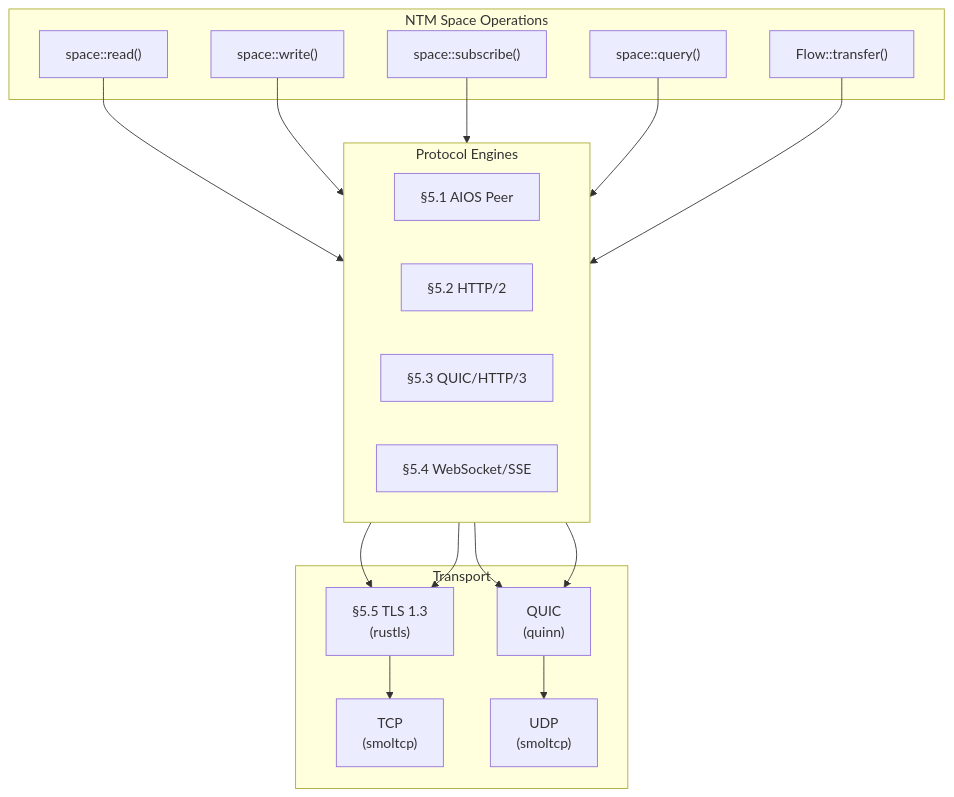
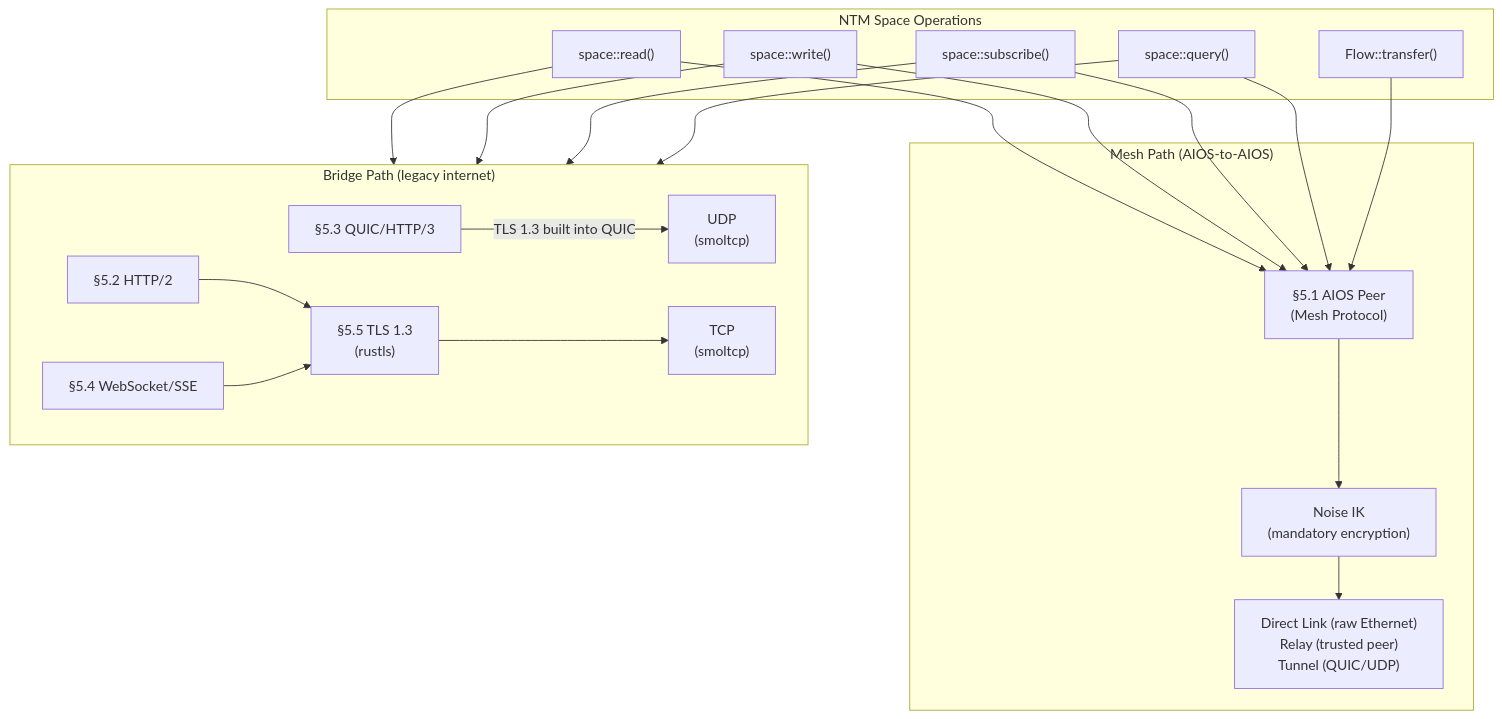
One commit to juslee/aios changed the first of 2 diagrams in docs/platform/networking/protocols.md. Above: the diagram before and after it, drawn with Mermaid. The commit also changed other lines of this file and 74 other files, not shown here.

````diff
--- a/docs/platform/networking/protocols.md
+++ b/docs/platform/networking/protocols.md
@@ -12,39 +12,45 @@
 ```mermaid
 flowchart TD
     subgraph NTM["NTM Space Operations"]
         Read["space::read()"]
         Write["space::write()"]
         Sub["space::subscribe()"]
         Query["space::query()"]
         Transfer["Flow::transfer()"]
     end
 
-    subgraph Engines["Protocol Engines"]
+    subgraph MeshPath["Mesh Path (AIOS-to-AIOS)"]
+        MP["§5.1 AIOS Peer\n(Mesh Protocol)"]
+        Noise["Noise IK\n(mandatory encryption)"]
+        MeshTransport["Direct Link (raw Ethernet)\nRelay (trusted peer)\nTunnel (QUIC/UDP)"]
+    end
+
+    subgraph BridgePath["Bridge Path (legacy internet)"]
         direction LR
-        PE["§5.1 AIOS Peer"]
         H2["§5.2 HTTP/2"]
         Q["§5.3 QUIC/HTTP/3"]
         WS["§5.4 WebSocket/SSE"]
-    end
-
-    subgraph Transport["Transport"]
-        TLS["§5.5 TLS 1.3\n(rustls)"]
-        QUIC["QUIC\n(quinn)"]
+        TLSLayer["§5.5 TLS 1.3\n(rustls)"]
         TCP["TCP\n(smoltcp)"]
         UDP["UDP\n(smoltcp)"]
     end
 
-    Read --> Engines
-    Write --> Engines
-    Sub --> Engines
-    Query --> Engines
-    Transfer --> Engines
+    Read --> MP
+    Write --> MP
+    Sub --> MP
+    Read --> H2
+    Write --> H2
+    Sub --> WS
+    Query --> MP
+    Query --> H2
+    Transfer --> MP
 
-    PE --> QUIC
-    H2 --> TLS
-    Q --> QUIC
-    WS --> TLS
+    MP --> Noise
+    Noise --> MeshTransport
 
-    TLS --> TCP
-    QUIC --> UDP
+    H2 --> TLSLayer
+    Q -->|"TLS 1.3 built into QUIC"| UDP
+    WS --> TLSLayer
+
+    TLSLayer --> TCP
 ```
````
